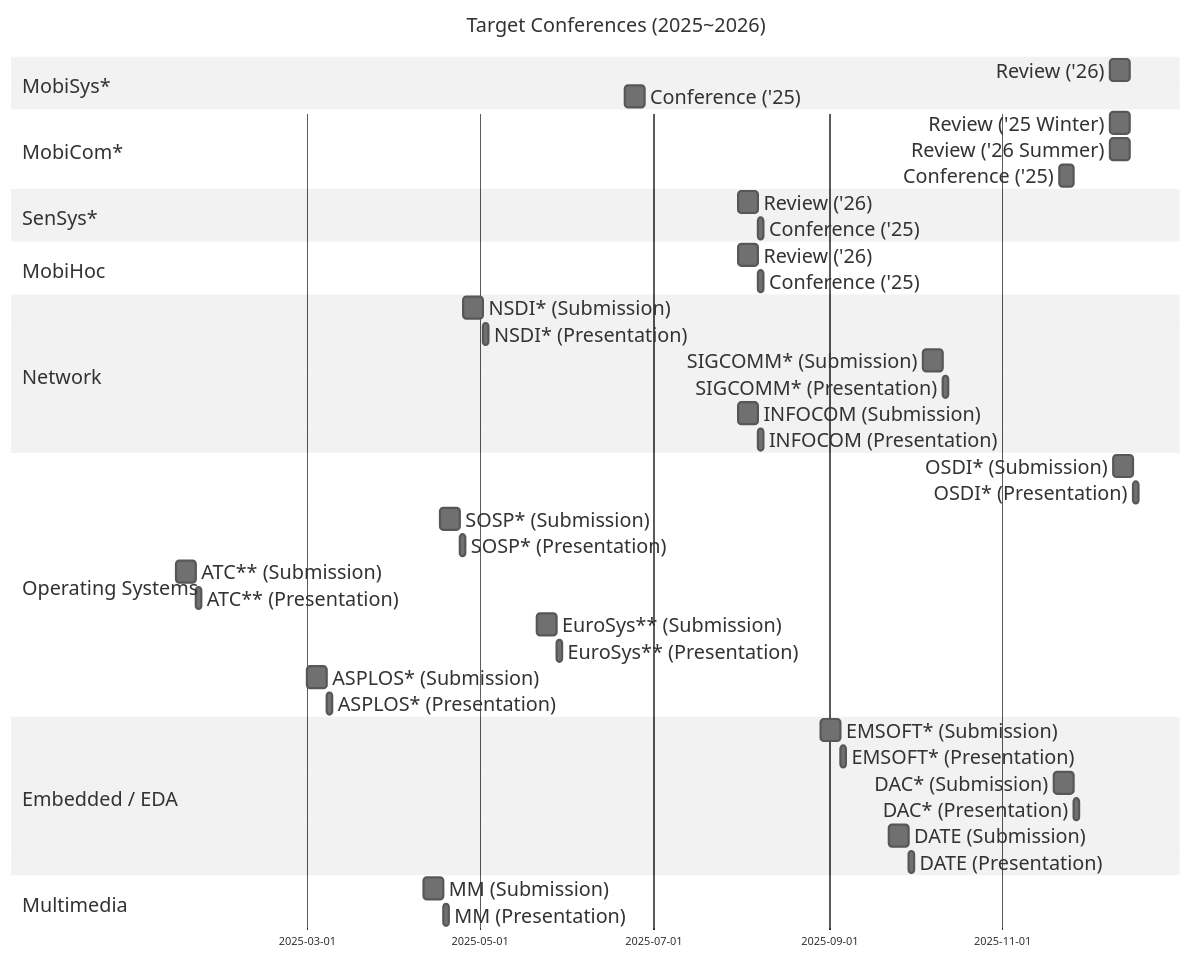
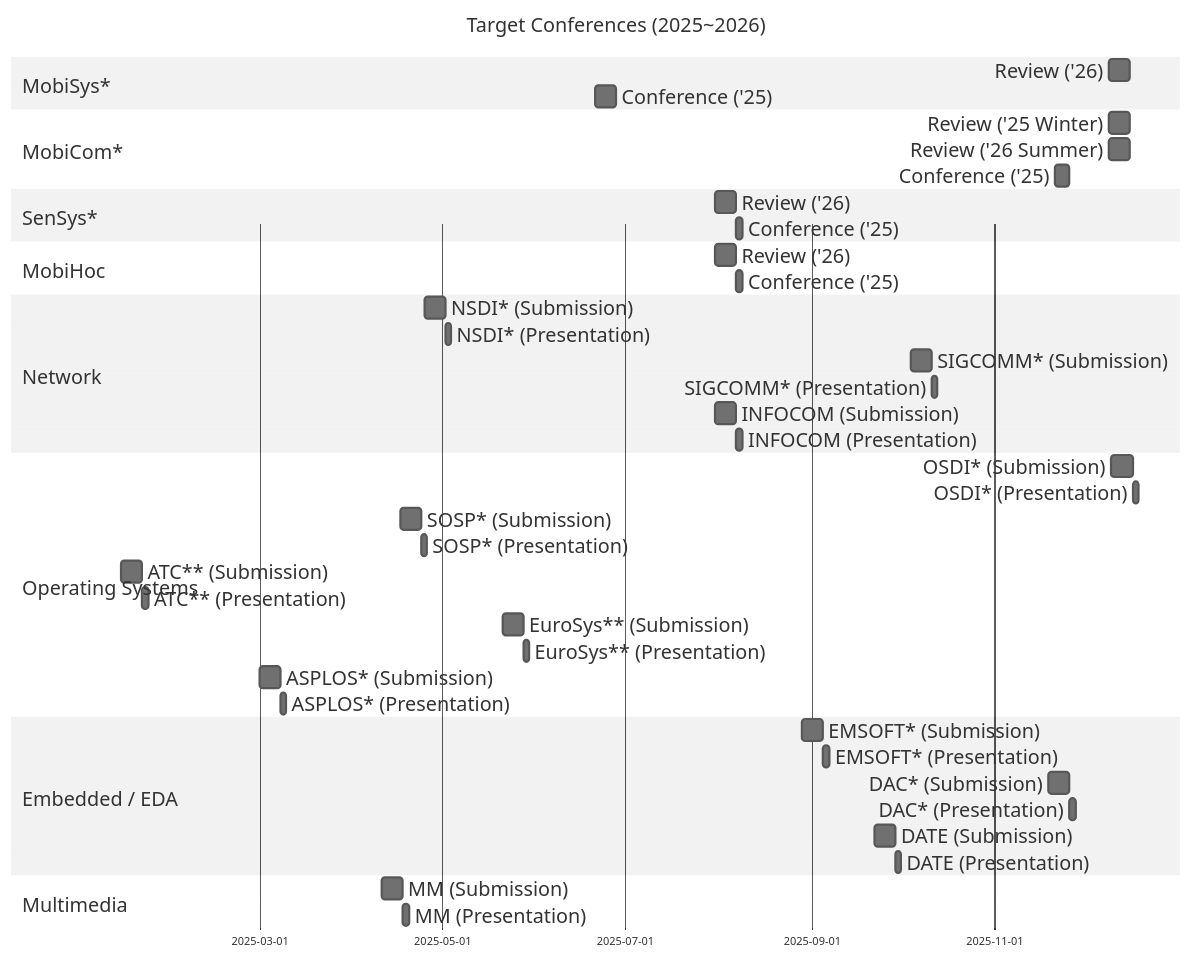
The diagram in README.md (iamseonghoon/Mobile-Systems-Conference-Timelines), drawn with Mermaid before and after one commit.

````diff
--- a/README.md
+++ b/README.md
@@ -5,79 +5,79 @@
 ```mermaid
 %%{init: {'theme': 'neutral',
 'themeVariables': {
       'fontSize': '18px'},
 "gantt": {
       "fontSize": 18,
       "sectionFontSize": 18,
-      "leftPadding": 150,
-      "gridLineStartPadding": 100
+      "leftPadding": 100,
+      "gridLineStartPadding": 200
   }}}%%
 gantt
     dateFormat  YYYY-MM-DD
     tickInterval 2month
     title Target Conferences (2025~2026)
 
     %% --------------------------
     %% Mobile
     %% --------------------------
     section MobiSys*
     Review ('26)        :mobisys-review,    2025-12-09, 7d
     Conference ('25)      :mobisys-conf,    2025-06-21, 7d
     
     section MobiCom*
     Review ('25 Winter)       :mobicom-review1,    2025-12-09, 7d
     Review ('26 Summer)       :mobicom-review2,    2025-12-09, 7d
     Conference ('25)          :mobicom-conf,    2025-11-21, 5d
 
     section SenSys*
     Review ('26)        :sens-sub,  2025-07-31, 7d
     Conference ('25)      :sens-pres, after sens-sub, 2d
 
     section MobiHoc
     Review ('26)        :sens-sub,  2025-07-31, 7d
     Conference ('25)      :sens-pres, after sens-sub, 2d
 
     %% --------------------------
     %% Network
     %% --------------------------
     section Network
     NSDI* (Submission)          :nsdi-sub,  2025-04-25, 7d
     NSDI* (Presentation)        :nsdi-pres, after nsdi-sub, 2d
     SIGCOMM* (Submission)       :sig-sub,   2025-10-04, 7d
     SIGCOMM* (Presentation)     :sig-pres,  after sig-sub, 2d
     INFOCOM (Submission)        :info-sub,  2025-07-31, 7d
     INFOCOM (Presentation)      :info-pres, after info-sub, 2d
 
     %% --------------------------
     %% Operating Systems
     %% --------------------------
     section Operating Systems
     OSDI* (Submission)          :osdi-sub,  2025-12-10, 7d
     OSDI* (Presentation)        :osdi-pres, after osdi-sub, 2d
     SOSP* (Submission)          :sosp-sub,  2025-04-17, 7d
     SOSP* (Presentation)        :sosp-pres, after sosp-sub, 2d
     ATC** (Submission)          :atc-sub,   2025-01-14, 7d
     ATC** (Presentation)        :atc-pres,  after atc-sub, 2d
     EuroSys** (Submission)      :euros-sub, 2025-05-21, 7d
     EuroSys** (Presentation)    :euros-pres,after euros-sub, 2d
     ASPLOS* (Submission)        :aspl-sub,  2025-03-01, 7d
     ASPLOS* (Presentation)      :aspl-pres, after aspl-sub, 2d
 
     %% --------------------------
     %% Embedded / EDA
     %% --------------------------
     section Embedded / EDA
     EMSOFT* (Submission)        :ems-sub,   2025-08-29, 7d
     EMSOFT* (Presentation)      :ems-pres,  after ems-sub, 2d
     DAC* (Submission)           :dac-sub,   2025-11-19, 7d
     DAC* (Presentation)         :dac-pres,  after dac-sub, 2d
     DATE (Submission)           :date-sub,  2025-09-22, 7d
     DATE (Presentation)         :date-pres, after date-sub, 2d
 
     %% --------------------------
     %% Multimedia
     %% --------------------------
     section Multimedia
     MM (Submission)             :mm-sub,    2025-04-11, 7d
     MM (Presentation)           :mm-pres,   after mm-sub, 2d
 ```
````
